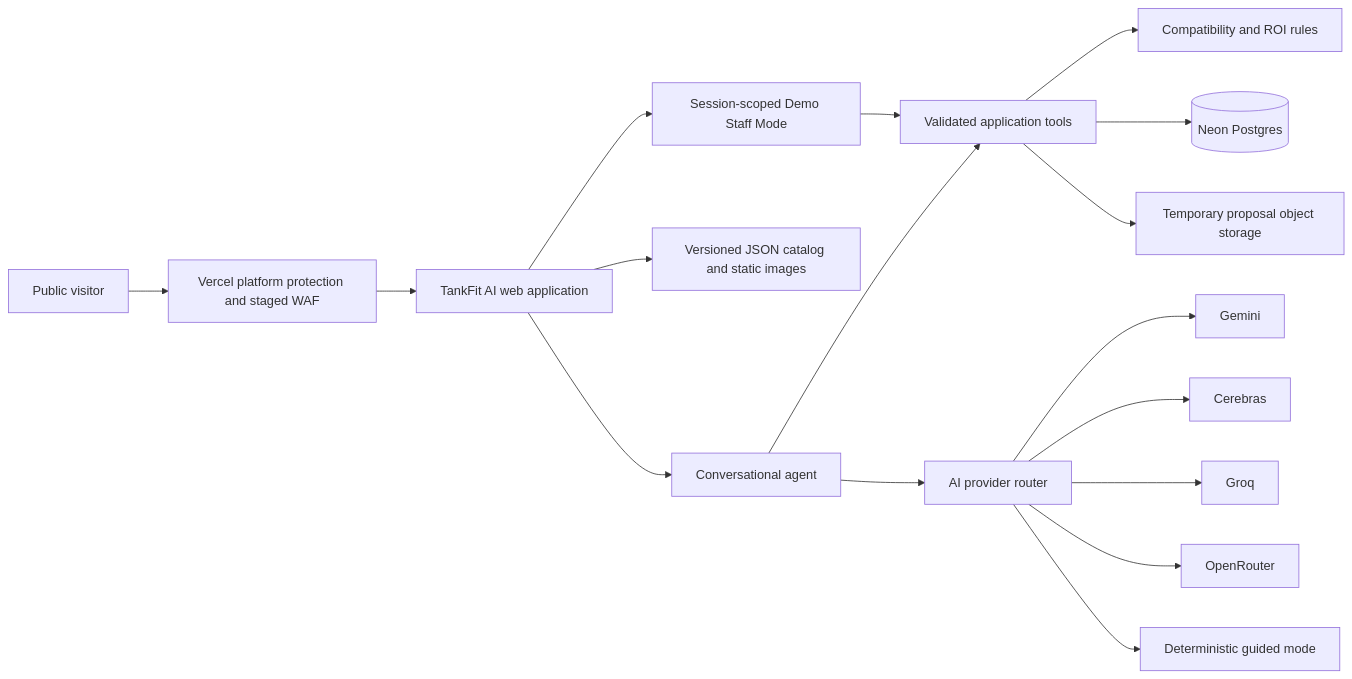
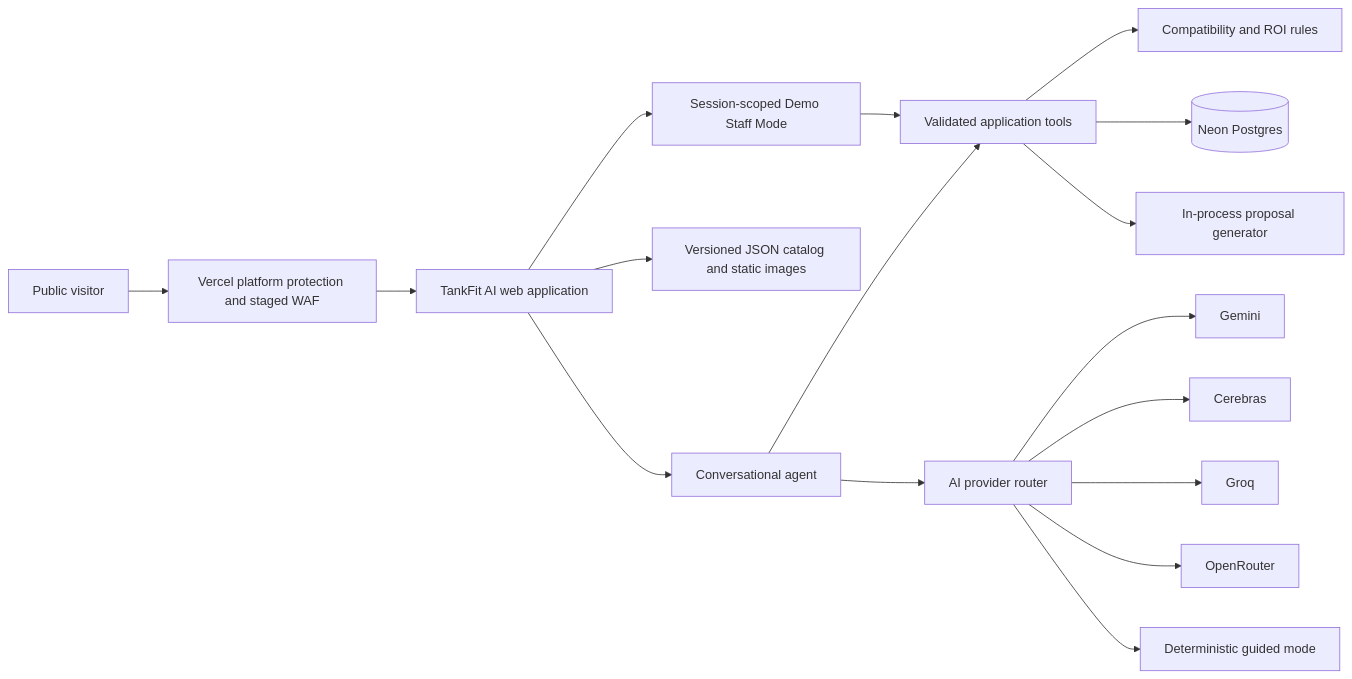
Before and after one commit to davicanada/tankfit-ai: the diagram in docs/architecture.md, drawn with Mermaid. The commit also changed other lines of this file and 43 other files, not shown here.

````diff
--- a/docs/architecture.md
+++ b/docs/architecture.md
@@ -13,19 +13,19 @@
 ```mermaid
 flowchart LR
     Visitor[Public visitor] --> Firewall[Vercel platform protection and staged WAF]
     Firewall --> Web[TankFit AI web application]
     Web --> Agent[Conversational agent]
     Agent --> Tools[Validated application tools]
     Tools --> Rules[Compatibility and ROI rules]
     Tools --> DB[(Neon Postgres)]
     Agent --> Router[AI provider router]
     Router --> Gemini[Gemini]
     Router --> Cerebras[Cerebras]
     Router --> Groq[Groq]
     Router --> OpenRouter[OpenRouter]
     Router --> Guided[Deterministic guided mode]
     Web --> Catalog[Versioned JSON catalog and static images]
     Web --> Approval[Session-scoped Demo Staff Mode]
     Approval --> Tools
-    Tools --> Store[Temporary proposal object storage]
+    Tools --> PDF[In-process proposal generator]
 ```
````
